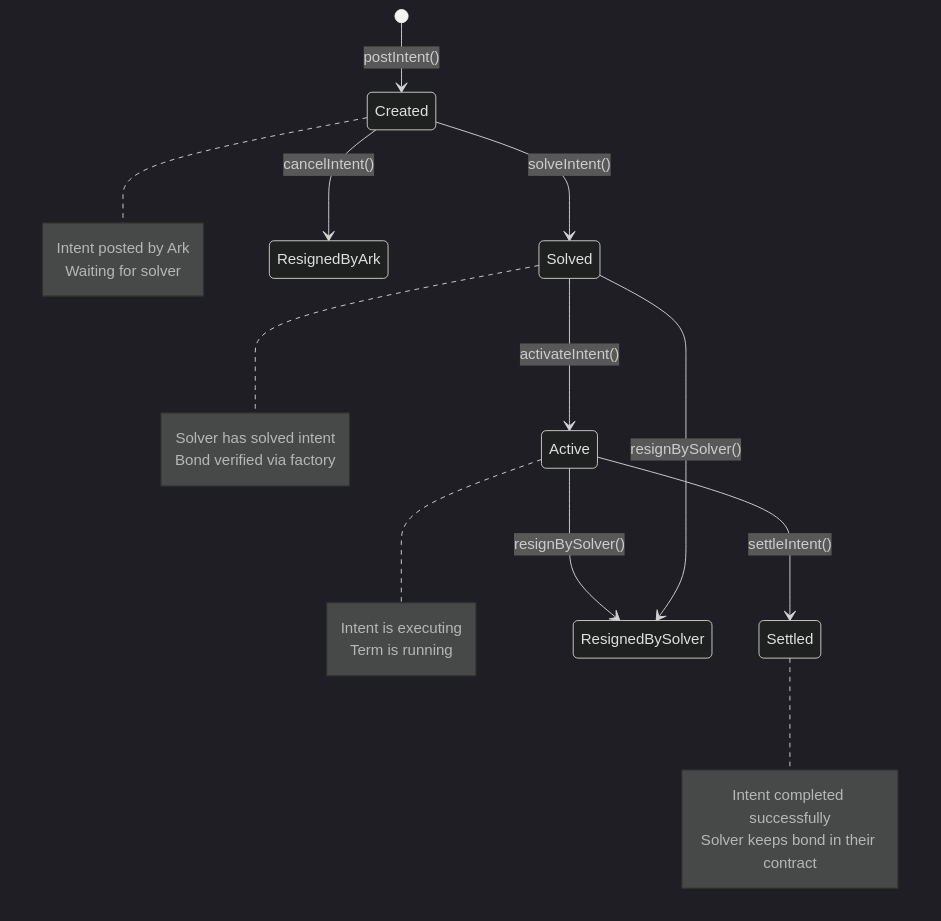
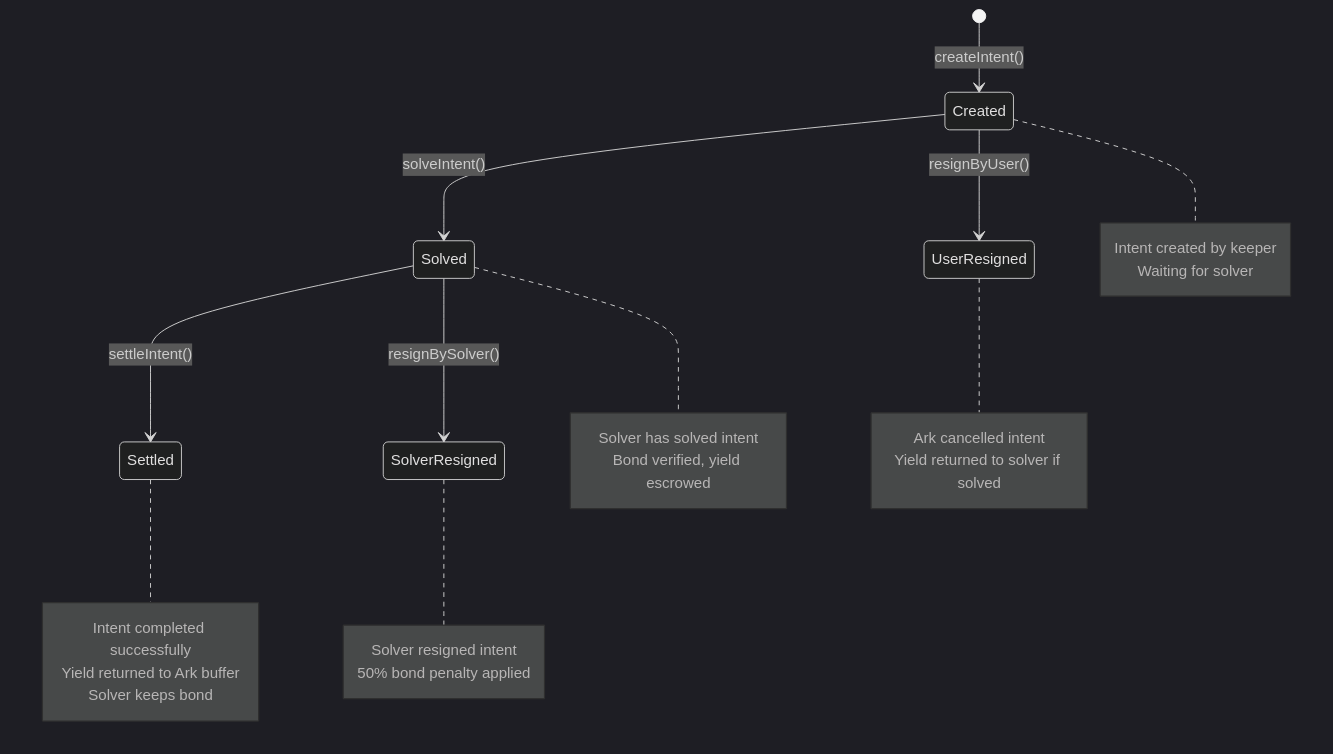
The third of 3 diagrams in packages/core-contracts/src/contracts/intent/README.md (OasisDEX/summer-earn-protocol), drawn with Mermaid (dark theme) before and after one commit. The commit also changed other lines of this file and 1 other file, not shown here.

First line of the commit message:
refactor(intent-system): streamline IntentHandler and update README for clarity

````diff
--- a/packages/core-contracts/src/contracts/intent/README.md
+++ b/packages/core-contracts/src/contracts/intent/README.md
@@ -172,30 +192,34 @@
 ```mermaid
 stateDiagram-v2
-    [*] --> Created: postIntent()
+    [*] --> Created: createIntent()
     Created --> Solved: solveIntent()
-    Created --> ResignedByArk: cancelIntent()
-    Solved --> Active: activateIntent()
-    Active --> Settled: settleIntent()
-    Active --> ResignedBySolver: resignBySolver()
-    Solved --> ResignedBySolver: resignBySolver()
+    Created --> UserResigned: resignByUser()
+    Solved --> Settled: settleIntent()
+    Solved --> SolverResigned: resignBySolver()
     
     note right of Created
-        Intent posted by Ark
+        Intent created by keeper
         Waiting for solver
     end note
     
     note right of Solved
         Solver has solved intent
-        Bond verified via factory
-    end note
-    
-    note right of Active
-        Intent is executing
-        Term is running
+        Bond verified, yield escrowed
     end note
     
     note right of Settled
         Intent completed successfully
-        Solver keeps bond in their contract
+        Yield returned to Ark buffer
+        Solver keeps bond
+    end note
+    
+    note right of UserResigned
+        Ark cancelled intent
+        Yield returned to solver if solved
+    end note
+    
+    note right of SolverResigned
+        Solver resigned intent
+        50% bond penalty applied
     end note
 ```
````
